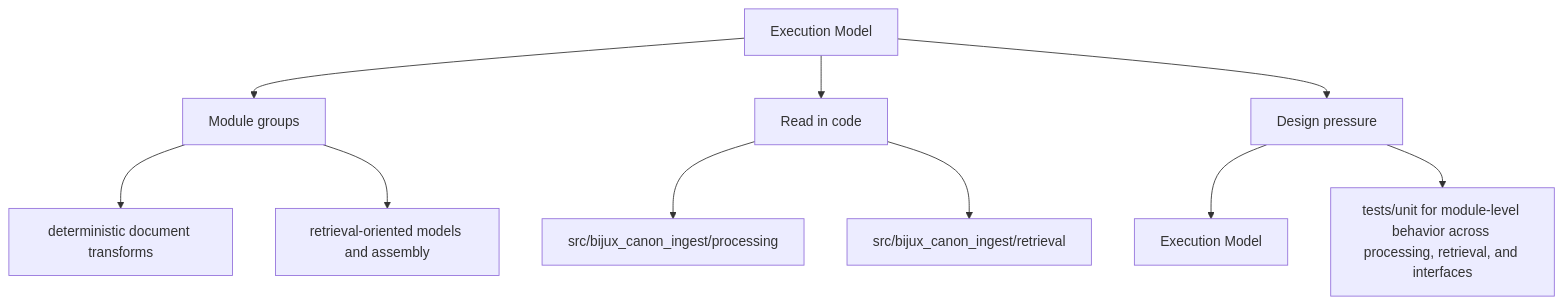
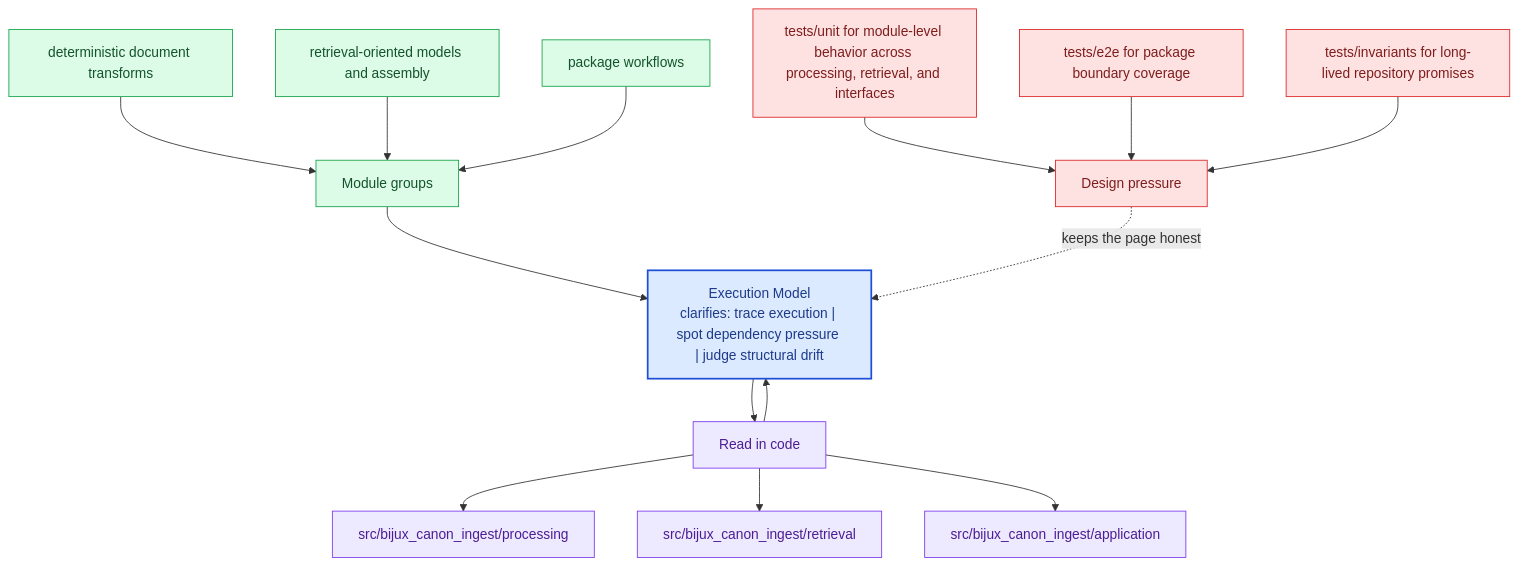
The second of 2 diagrams in docs/bijux-canon-ingest/architecture/execution-model.md (bijux/bijux-canon), drawn with Mermaid before and after one commit. The commit also changed other lines of this file and 281 other files, not shown here.

Commit message:
docs(diagrams): deepen handbook mermaid maps across the catalog

````diff
--- a/docs/bijux-canon-ingest/architecture/execution-model.md
+++ b/docs/bijux-canon-ingest/architecture/execution-model.md
@@ -36,22 +69,40 @@
 ```mermaid
-flowchart TD
-    page["Execution Model"]
+flowchart TB
+    promise["Execution Model<br/>clarifies: trace execution | spot dependency pressure | judge structural drift"]
+    classDef promise fill:#dbeafe,stroke:#1d4ed8,color:#1e3a8a,stroke-width:2px;
+    classDef driver fill:#dcfce7,stroke:#16a34a,color:#14532d;
+    classDef constraint fill:#fee2e2,stroke:#dc2626,color:#7f1d1d;
+    classDef ground fill:#ede9fe,stroke:#7c3aed,color:#4c1d95;
     focus1["Module groups"]
-    page --> focus1
+    focus1 --> promise
     focus1_1["deterministic document transforms"]
-    focus1 --> focus1_1
+    focus1_1 --> focus1
     focus1_2["retrieval-oriented models and assembly"]
-    focus1 --> focus1_2
+    focus1_2 --> focus1
+    focus1_3["package workflows"]
+    focus1_3 --> focus1
+    class focus1 driver;
+    class focus1_1,focus1_2,focus1_3 driver;
     focus2["Read in code"]
-    page --> focus2
+    focus2 --> promise
+    promise --> focus2
     focus2_1["src/bijux_canon_ingest/processing"]
     focus2 --> focus2_1
     focus2_2["src/bijux_canon_ingest/retrieval"]
     focus2 --> focus2_2
+    focus2_3["src/bijux_canon_ingest/application"]
+    focus2 --> focus2_3
+    class focus2 ground;
+    class focus2_1,focus2_2,focus2_3 ground;
     focus3["Design pressure"]
-    page --> focus3
-    focus3_1["Execution Model"]
-    focus3 --> focus3_1
-    focus3_2["tests/unit for module-level behavior across processing, retrieval, and interfaces"]
-    focus3 --> focus3_2
+    focus3 -.keeps the page honest.-> promise
+    focus3_1["tests/unit for module-level behavior across processing, retrieval, and interfaces"]
+    focus3_1 --> focus3
+    focus3_2["tests/e2e for package boundary coverage"]
+    focus3_2 --> focus3
+    focus3_3["tests/invariants for long-lived repository promises"]
+    focus3_3 --> focus3
+    class focus3 constraint;
+    class focus3_1,focus3_2,focus3_3 constraint;
+    class promise promise;
 ```
````
